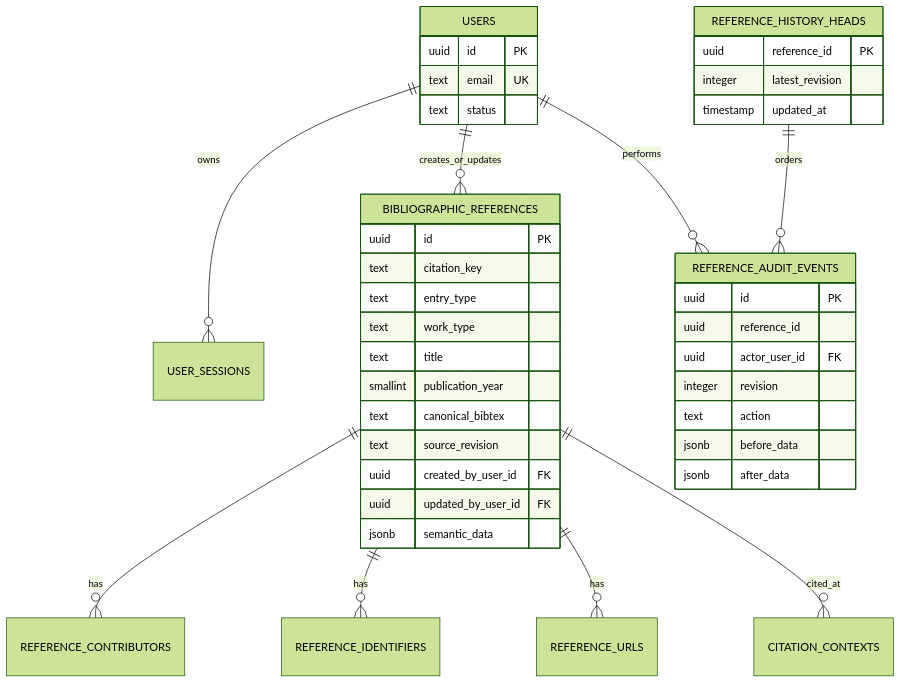
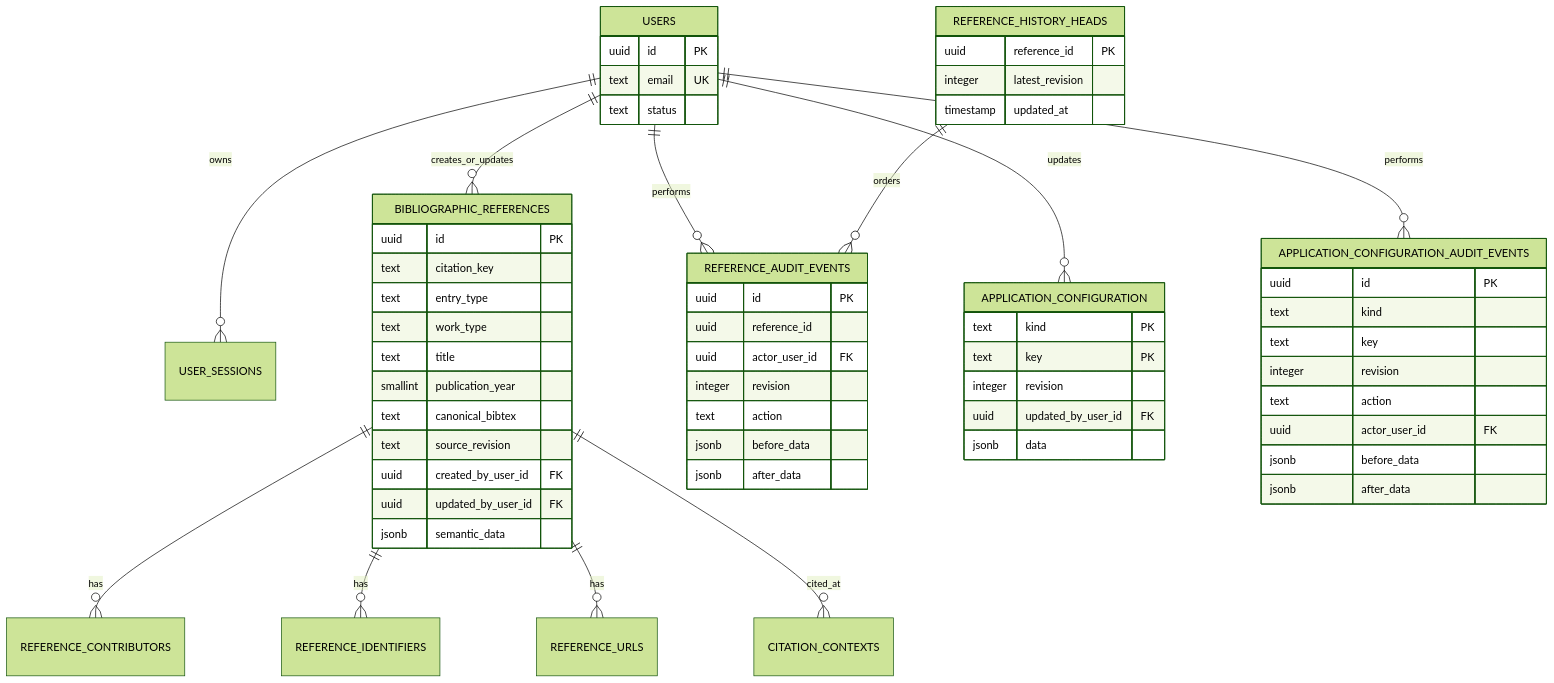
Before and after one commit to EhimeNLP/bibmgr: the diagram in docs/database.md, drawn with Mermaid (forest theme). The commit also changed other lines of this file and 17 other files, not shown here.

Commit message:
feat: add auditable application configuration

````diff
--- a/docs/database.md
+++ b/docs/database.md
@@ -7,47 +7,68 @@
 ```mermaid
 erDiagram
     USERS ||--o{ USER_SESSIONS : owns
     USERS ||--o{ BIBLIOGRAPHIC_REFERENCES : creates_or_updates
     USERS ||--o{ REFERENCE_AUDIT_EVENTS : performs
+    USERS ||--o{ APPLICATION_CONFIGURATION : updates
+    USERS ||--o{ APPLICATION_CONFIGURATION_AUDIT_EVENTS : performs
     REFERENCE_HISTORY_HEADS ||--o{ REFERENCE_AUDIT_EVENTS : orders
     BIBLIOGRAPHIC_REFERENCES ||--o{ REFERENCE_CONTRIBUTORS : has
     BIBLIOGRAPHIC_REFERENCES ||--o{ REFERENCE_IDENTIFIERS : has
     BIBLIOGRAPHIC_REFERENCES ||--o{ REFERENCE_URLS : has
     BIBLIOGRAPHIC_REFERENCES ||--o{ CITATION_CONTEXTS : cited_at
 
     USERS {
         uuid id PK
         text email UK
         text status
     }
 
     BIBLIOGRAPHIC_REFERENCES {
         uuid id PK
         text citation_key
         text entry_type
         text work_type
         text title
         smallint publication_year
         text canonical_bibtex
         text source_revision
         uuid created_by_user_id FK
         uuid updated_by_user_id FK
         jsonb semantic_data
     }
 
     REFERENCE_AUDIT_EVENTS {
         uuid id PK
         uuid reference_id
         uuid actor_user_id FK
         integer revision
         text action
         jsonb before_data
         jsonb after_data
     }
 
     REFERENCE_HISTORY_HEADS {
         uuid reference_id PK
         integer latest_revision
         timestamp updated_at
     }
+
+    APPLICATION_CONFIGURATION {
+        text kind PK
+        text key PK
+        integer revision
+        uuid updated_by_user_id FK
+        jsonb data
+    }
+
+    APPLICATION_CONFIGURATION_AUDIT_EVENTS {
+        uuid id PK
+        text kind
+        text key
+        integer revision
+        text action
+        uuid actor_user_id FK
+        jsonb before_data
+        jsonb after_data
+    }
 ```
````
